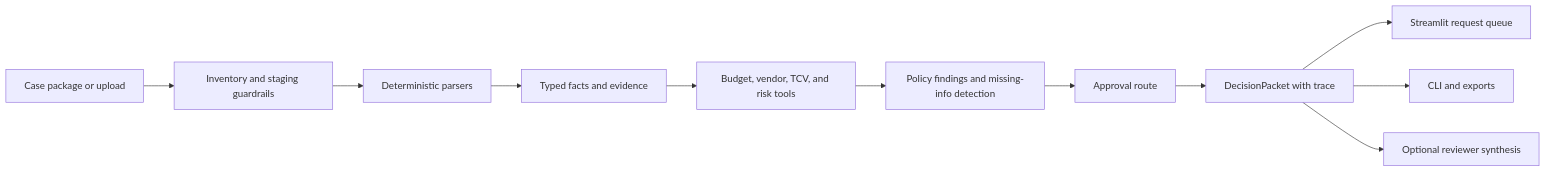
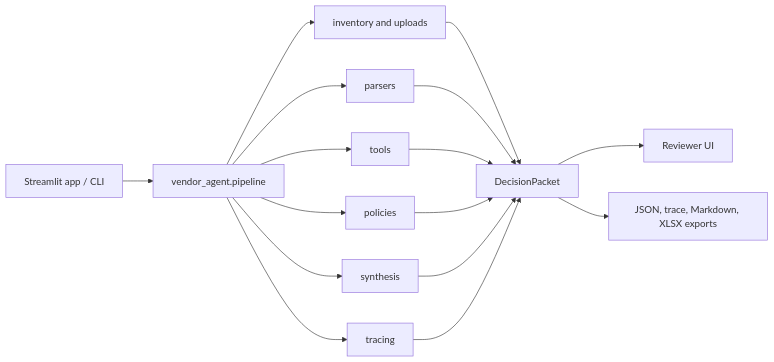
Before and after one commit to nicolairobles/accelerant-vendor-onboarding-agent: the second of 2 diagrams in ARCHITECTURE.md, drawn with Mermaid. The commit also changed other lines of this file and 1 other file, not shown here.

Commit message:
Align architecture diagrams with exam workflow

````diff
--- a/ARCHITECTURE.md
+++ b/ARCHITECTURE.md
@@ -11,13 +38,18 @@
 ```mermaid
 flowchart LR
-    A["Case package or upload"] --> B["Inventory and staging guardrails"]
-    B --> C["Deterministic parsers"]
-    C --> D["Typed facts and evidence"]
-    D --> E["Budget, vendor, TCV, and risk tools"]
-    E --> F["Policy findings and missing-info detection"]
-    F --> G["Approval route"]
-    G --> H["DecisionPacket with trace"]
-    H --> I["Streamlit request queue"]
-    H --> J["CLI and exports"]
-    H --> K["Optional reviewer synthesis"]
+    A["Streamlit app / CLI"] --> B["vendor_agent.pipeline"]
+    B --> C["inventory and uploads"]
+    B --> D["parsers"]
+    B --> E["tools"]
+    B --> F["policies"]
+    B --> G["synthesis"]
+    B --> H["tracing"]
+    C --> I["DecisionPacket"]
+    D --> I
+    E --> I
+    F --> I
+    G --> I
+    H --> I
+    I --> J["Reviewer UI"]
+    I --> K["JSON, trace, Markdown, XLSX exports"]
 ```
````
